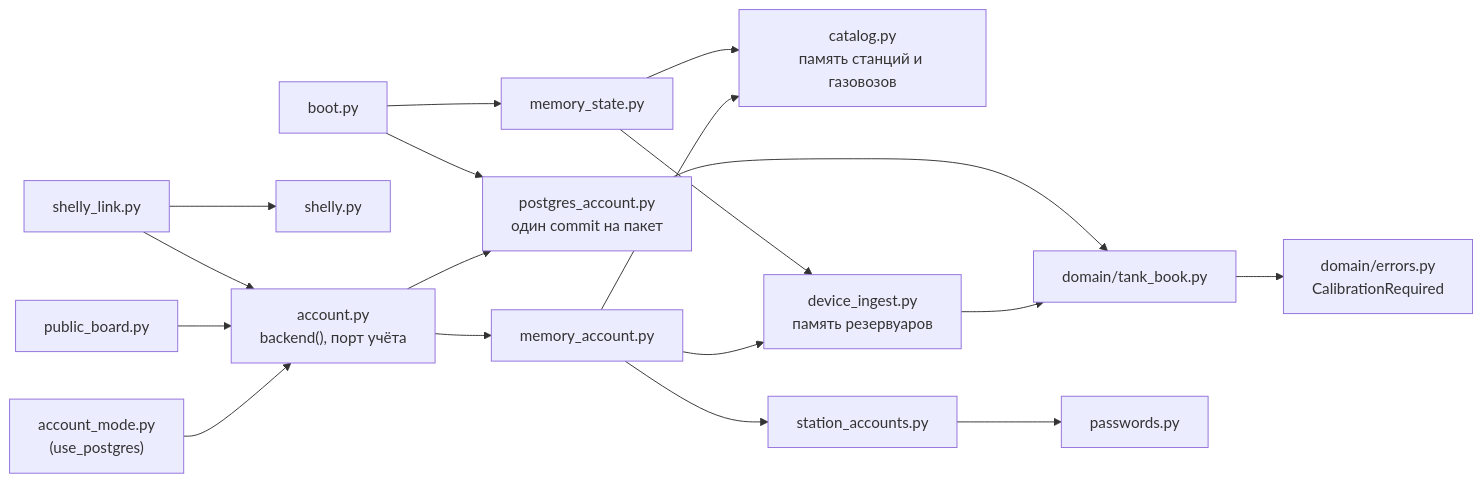
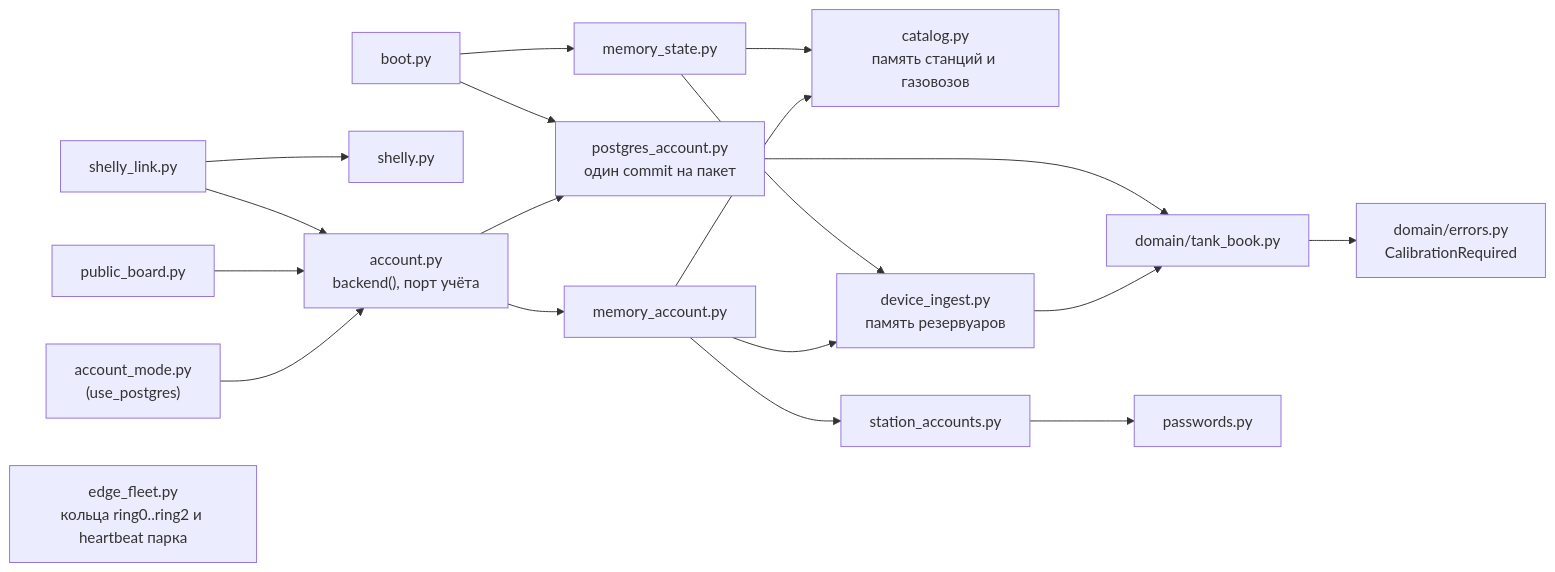
One commit to ed-baer97/day changed the second of 3 diagrams in project_graph_and_audit.md. Above: the diagram before and after it, drawn with Mermaid. The commit also changed other lines of this file and 25 other files, not shown here.

````diff
--- a/project_graph_and_audit.md
+++ b/project_graph_and_audit.md
@@ -75,24 +76,25 @@
 ```mermaid
 flowchart LR
     account_mode["account_mode.py\n(use_postgres)"] --> account["account.py\nbackend(), порт учёта"]
     account --> memory_account["memory_account.py"]
     account --> postgres_account["postgres_account.py\nодин commit на пакет"]
 
     memory_account --> catalog["catalog.py\nпамять станций и газовозов"]
     memory_account --> device_ingest["device_ingest.py\nпамять резервуаров"]
     memory_account --> station_accounts["station_accounts.py"]
 
     device_ingest --> tank_book["domain/tank_book.py"]
     postgres_account --> tank_book
     tank_book --> errors["domain/errors.py\nCalibrationRequired"]
 
     public_board["public_board.py"] --> account
     shelly_link["shelly_link.py"] --> account
     shelly_link --> shelly["shelly.py"]
 
     boot["boot.py"] --> postgres_account
     boot --> memory_state["memory_state.py"]
     memory_state --> catalog
     memory_state --> device_ingest
     station_accounts --> passwords["passwords.py"]
+    edge_fleet["edge_fleet.py\nкольца ring0..ring2 и heartbeat парка"]
 ```
````
